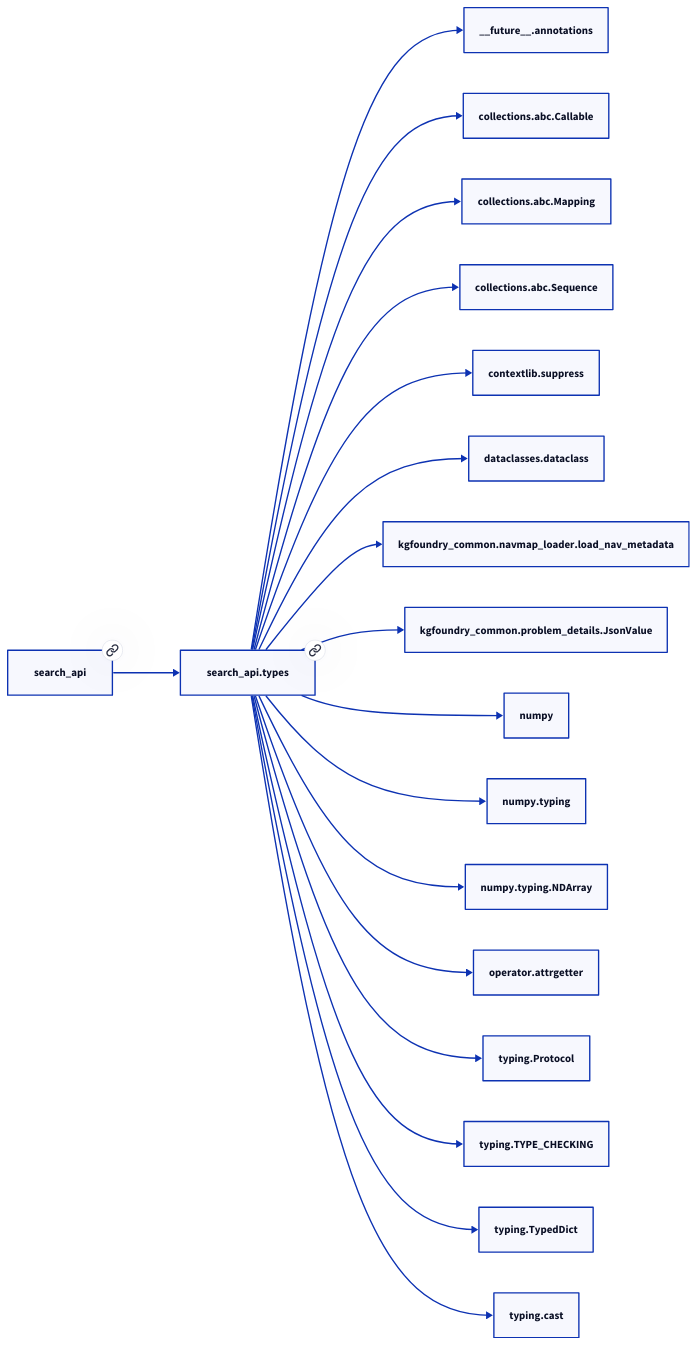
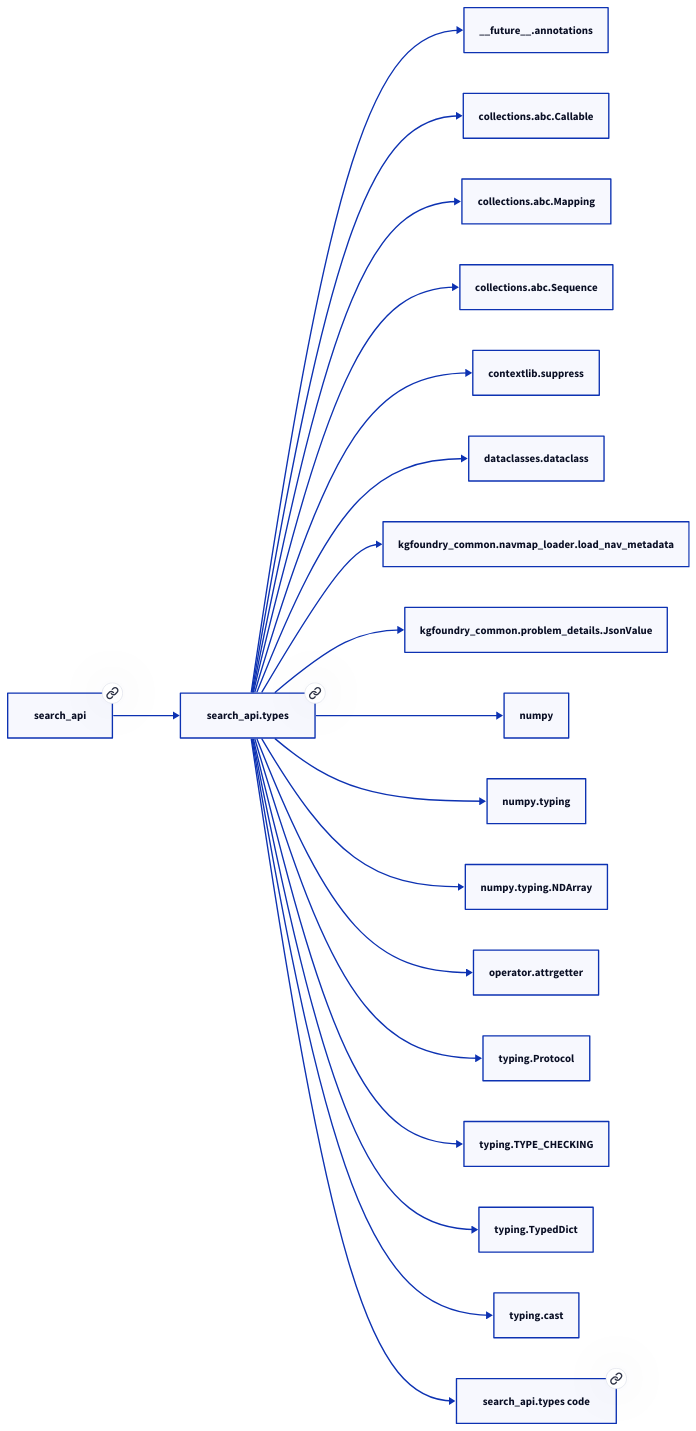
The second of 2 diagrams in docs/modules/search_api/types.md (paul-heyse/kgforge), drawn with D2 before and after one commit. The commit also changed other lines of this file and 319 other files, not shown here.

````diff
--- a/docs/modules/search_api/types.md
+++ b/docs/modules/search_api/types.md
@@ -143,38 +145,40 @@
 ```d2
 direction: right
-"search_api.types": "search_api.types" { link: "types.md" }
+"search_api.types": "search_api.types" { link: "./search_api/types.md" }
 "__future__.annotations": "__future__.annotations"
 "search_api.types" -> "__future__.annotations"
 "collections.abc.Callable": "collections.abc.Callable"
 "search_api.types" -> "collections.abc.Callable"
 "collections.abc.Mapping": "collections.abc.Mapping"
 "search_api.types" -> "collections.abc.Mapping"
 "collections.abc.Sequence": "collections.abc.Sequence"
 "search_api.types" -> "collections.abc.Sequence"
 "contextlib.suppress": "contextlib.suppress"
 "search_api.types" -> "contextlib.suppress"
 "dataclasses.dataclass": "dataclasses.dataclass"
 "search_api.types" -> "dataclasses.dataclass"
 "kgfoundry_common.navmap_loader.load_nav_metadata": "kgfoundry_common.navmap_loader.load_nav_metadata"
 "search_api.types" -> "kgfoundry_common.navmap_loader.load_nav_metadata"
 "kgfoundry_common.problem_details.JsonValue": "kgfoundry_common.problem_details.JsonValue"
 "search_api.types" -> "kgfoundry_common.problem_details.JsonValue"
 "numpy": "numpy"
 "search_api.types" -> "numpy"
 "numpy.typing": "numpy.typing"
 "search_api.types" -> "numpy.typing"
 "numpy.typing.NDArray": "numpy.typing.NDArray"
 "search_api.types" -> "numpy.typing.NDArray"
 "operator.attrgetter": "operator.attrgetter"
 "search_api.types" -> "operator.attrgetter"
 "typing.Protocol": "typing.Protocol"
 "search_api.types" -> "typing.Protocol"
 "typing.TYPE_CHECKING": "typing.TYPE_CHECKING"
 "search_api.types" -> "typing.TYPE_CHECKING"
 "typing.TypedDict": "typing.TypedDict"
 "search_api.types" -> "typing.TypedDict"
 "typing.cast": "typing.cast"
 "search_api.types" -> "typing.cast"
-"search_api": "search_api" { link: "../search_api.md" }
+"search_api": "search_api" { link: "./search_api.md" }
 "search_api" -> "search_api.types"
+"search_api.types_code": "search_api.types code" { link: "https://github.com/kgfoundry/kgfoundry/blob/main/src/search_api/types.py" }
+"search_api.types" -> "search_api.types_code" { style: dashed }
 ```
````
